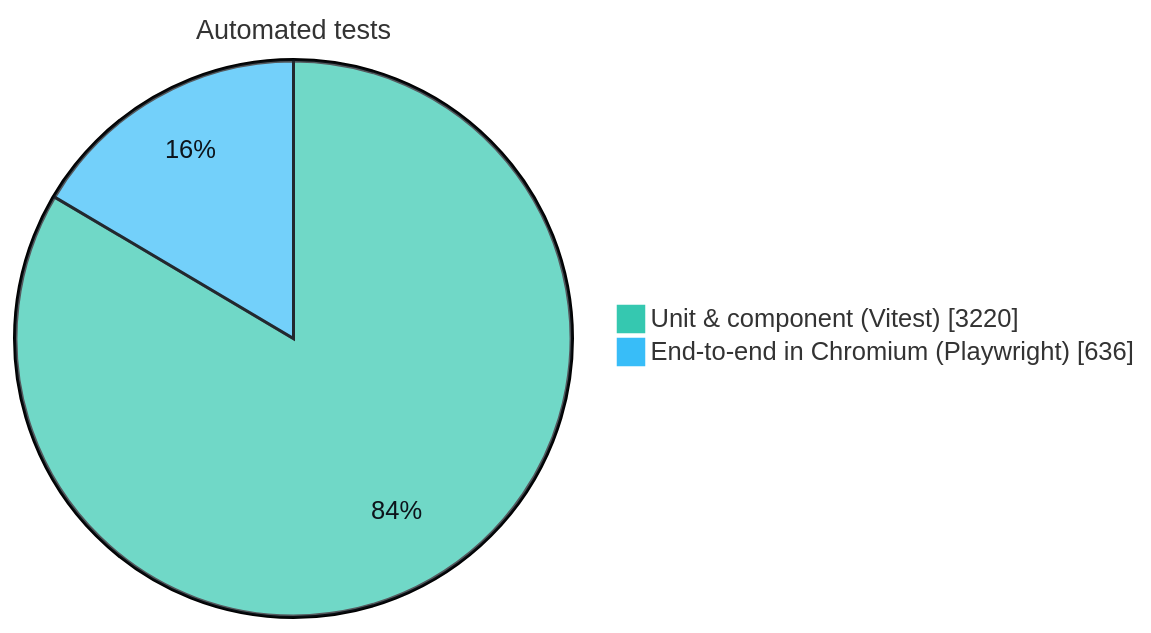
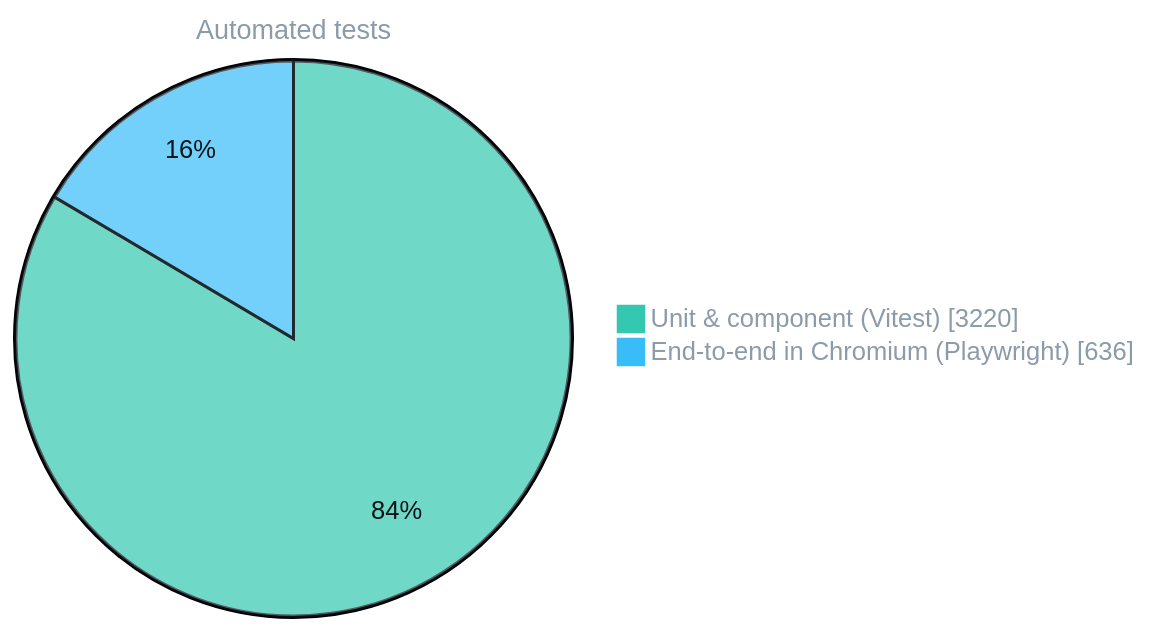
Before and after one commit to ErtugrulAK/keyframe-character-studio: the third of 4 diagrams in README.md, drawn with Mermaid. The commit also changed other lines of this file, not shown here.

Commit message:
docs(readme): shorter layer-diagram labels; readable pie legend in both themes

````diff
--- a/README.md
+++ b/README.md
@@ -106,7 +106,7 @@
 ```mermaid
-%%{init: {'theme': 'base', 'themeVariables': {'pie1': '#35c8b0', 'pie2': '#38bdf8', 'pieStrokeColor': '#0d141b', 'pieSectionTextColor': '#0d141b', 'pieTitleTextSize': '18px'}}}%%
+%%{init: {'theme': 'base', 'themeVariables': {'pie1': '#35c8b0', 'pie2': '#38bdf8', 'pieStrokeColor': '#0d141b', 'pieSectionTextColor': '#0d141b', 'pieTitleTextSize': '18px', 'pieTitleTextColor': '#8b9baa', 'pieLegendTextColor': '#8b9baa'}}}%%
 pie showData
     title Automated tests
     "Unit & component (Vitest)" : 3220
     "End-to-end in Chromium (Playwright)" : 636
 ```
````
